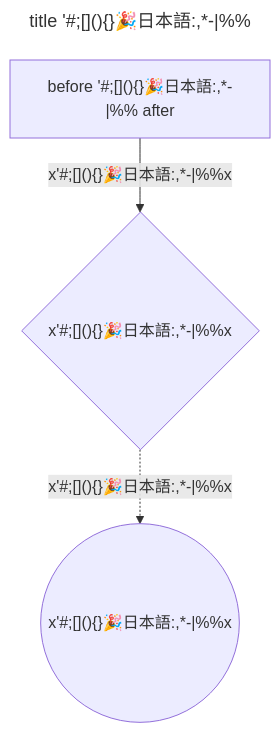
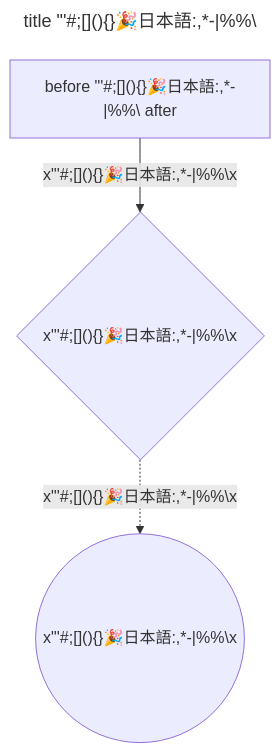
Before and after one commit to nao1215/markdown: the diagram in doc/edgecase/flowchart.md, drawn with Mermaid. The commit also changed 5 other files, not shown here.

````diff
--- a/doc/edgecase/flowchart.md
+++ b/doc/edgecase/flowchart.md
@@ -5,11 +5,11 @@
 ```mermaid
 ---
-title: "title '#;[](){}🎉日本語:,*-|%%"
+title: "title \"'#;[](){}🎉日本語:,*-|%%\\"
 ---
 flowchart TB
-    A["before '#;[](){}🎉日本語:,*-|%% after"]
-    B{"x'#;[](){}🎉日本語:,*-|%%x"}
-    C(("x'#;[](){}🎉日本語:,*-|%%x"))
-    A-->|"x'#;[](){}🎉日本語:,*-|%%x"|B
-    B-. "x'#;[](){}🎉日本語:,*-|%%x" .-> C
+    A["before #quot;'#;[](){}🎉日本語:,*-|%%\ after"]
+    B{"x#quot;'#;[](){}🎉日本語:,*-|%%\x"}
+    C(("x#quot;'#;[](){}🎉日本語:,*-|%%\x"))
+    A-->|"x#quot;'#;[](){}🎉日本語:,*-|%%\x"|B
+    B-. "x#quot;'#;[](){}🎉日本語:,*-|%%\x" .-> C
 ```
````
